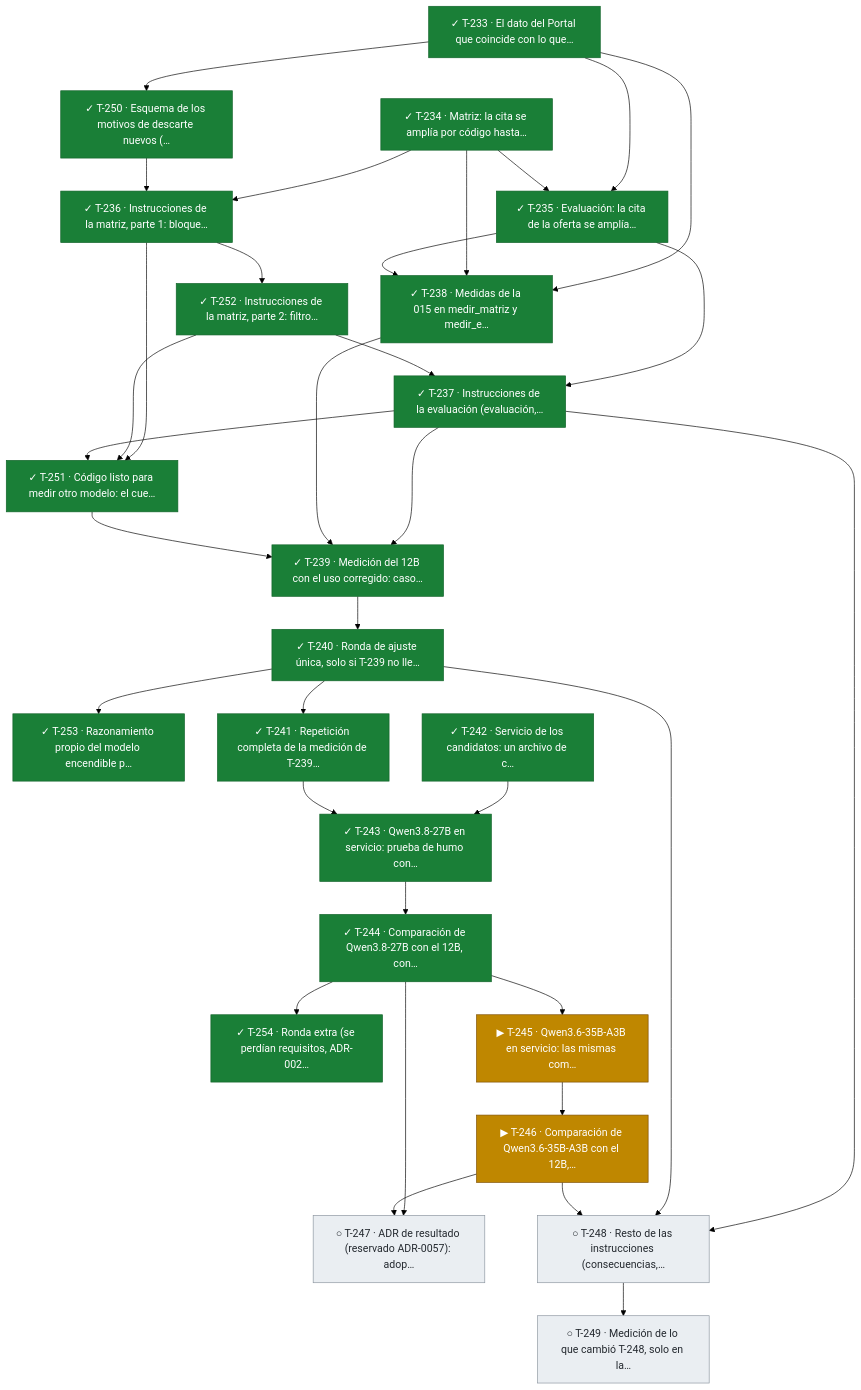
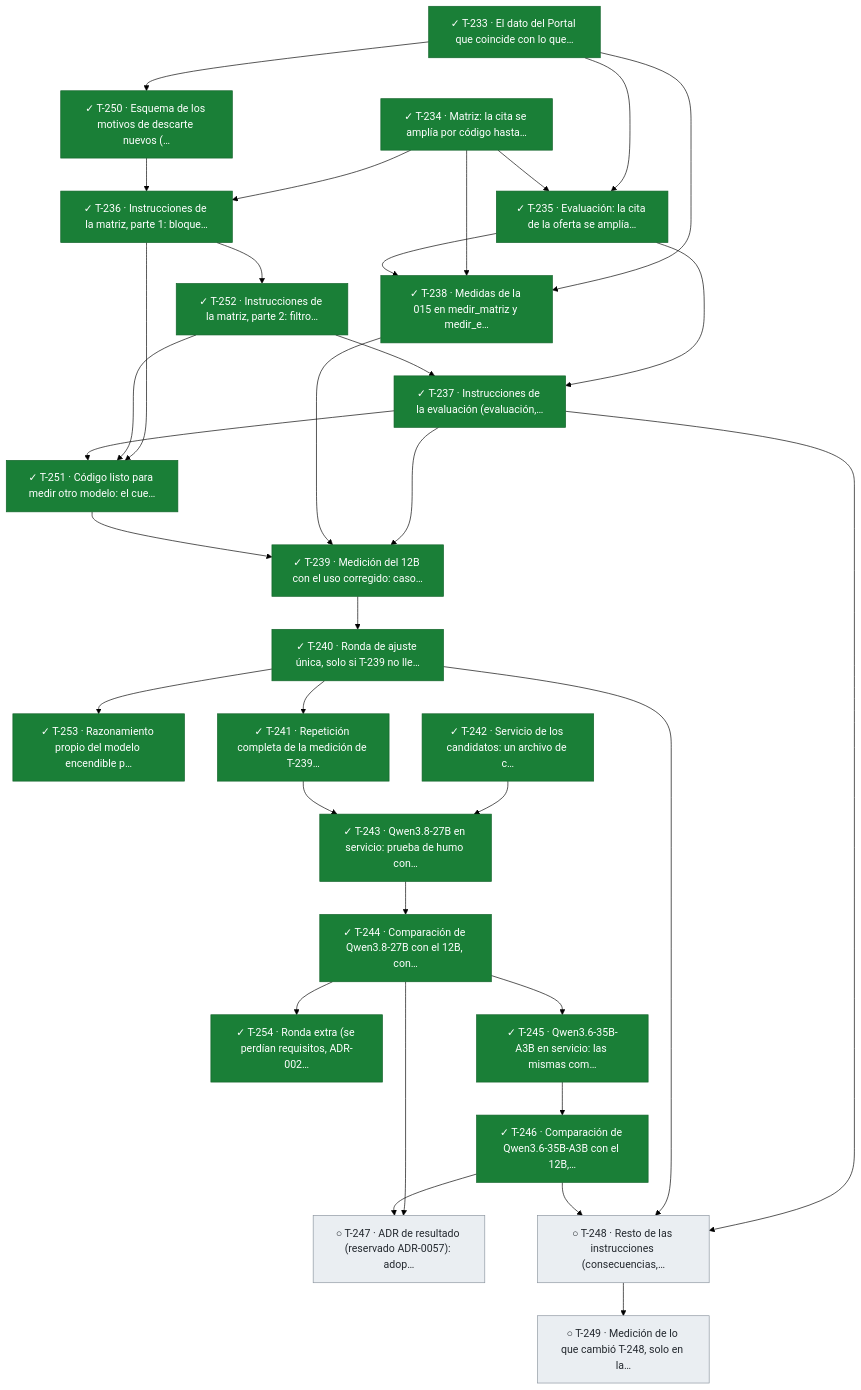
One commit to snavello/EVALUON changed diagram 17 of 17 in docs/tablero.md. Above: the diagram before and after it, drawn with Mermaid (forest theme). The commit also changed other lines of this file and 6 other files, not shown here.

Commit message:
gestión: mediciones de los Qwen con T-254 (T-244d, T-245, T-246, T-246b, T-246c)

````diff
--- a/docs/tablero.md
+++ b/docs/tablero.md
@@ -1322,62 +1322,62 @@
 ```mermaid
 flowchart TD
   T233["✓ T-233 · El dato del Portal que coincide con lo que…"]:::done
   T234["✓ T-234 · Matriz: la cita se amplía por código hasta…"]:::done
   T250["✓ T-250 · Esquema de los motivos de descarte nuevos (…"]:::done
   T235["✓ T-235 · Evaluación: la cita de la oferta se amplía…"]:::done
   T236["✓ T-236 · Instrucciones de la matriz, parte 1: bloque…"]:::done
   T252["✓ T-252 · Instrucciones de la matriz, parte 2: filtro…"]:::done
   T253["✓ T-253 · Razonamiento propio del modelo encendible p…"]:::done
   T254["✓ T-254 · Ronda extra (se perdían requisitos, ADR-002…"]:::done
   T237["✓ T-237 · Instrucciones de la evaluación (evaluación,…"]:::done
   T251["✓ T-251 · Código listo para medir otro modelo: el cue…"]:::done
   T238["✓ T-238 · Medidas de la 015 en medir_matriz y medir_e…"]:::done
   T239["✓ T-239 · Medición del 12B con el uso corregido: caso…"]:::done
   T240["✓ T-240 · Ronda de ajuste única, solo si T-239 no lle…"]:::done
   T241["✓ T-241 · Repetición completa de la medición de T-239…"]:::done
   T242["✓ T-242 · Servicio de los candidatos: un archivo de c…"]:::done
   T243["✓ T-243 · Qwen3.8-27B en servicio: prueba de humo con…"]:::done
   T244["✓ T-244 · Comparación de Qwen3.8-27B con el 12B, con…"]:::done
-  T245["▶ T-245 · Qwen3.6-35B-A3B en servicio: las mismas com…"]:::active
-  T246["▶ T-246 · Comparación de Qwen3.6-35B-A3B con el 12B,…"]:::active
+  T245["✓ T-245 · Qwen3.6-35B-A3B en servicio: las mismas com…"]:::done
+  T246["✓ T-246 · Comparación de Qwen3.6-35B-A3B con el 12B,…"]:::done
   T247["○ T-247 · ADR de resultado (reservado ADR-0057): adop…"]:::todo
   T248["○ T-248 · Resto de las instrucciones (consecuencias,…"]:::todo
   T249["○ T-249 · Medición de lo que cambió T-248, solo en la…"]:::todo
   T233 --> T250
   T233 --> T235
   T234 --> T235
   T234 --> T236
   T250 --> T236
   T236 --> T252
   T240 --> T253
   T244 --> T254
   T235 --> T237
   T252 --> T237
   T236 --> T251
   T252 --> T251
   T237 --> T251
   T233 --> T238
   T234 --> T238
   T235 --> T238
   T237 --> T239
   T238 --> T239
   T251 --> T239
   T239 --> T240
   T240 --> T241
   T242 --> T243
   T241 --> T243
   T243 --> T244
   T244 --> T245
   T245 --> T246
   T244 --> T247
   T246 --> T247
   T237 --> T248
   T240 --> T248
   T246 --> T248
   T248 --> T249
   classDef done fill:#1a7f37,stroke:#116329,color:#ffffff
   classDef review fill:#0969da,stroke:#0550ae,color:#ffffff
   classDef active fill:#bf8700,stroke:#7d4e00,color:#ffffff
   classDef blocked fill:#cf222e,stroke:#a40e26,color:#ffffff
   classDef todo fill:#eaeef2,stroke:#8c959f,color:#24292f
 ```
````
